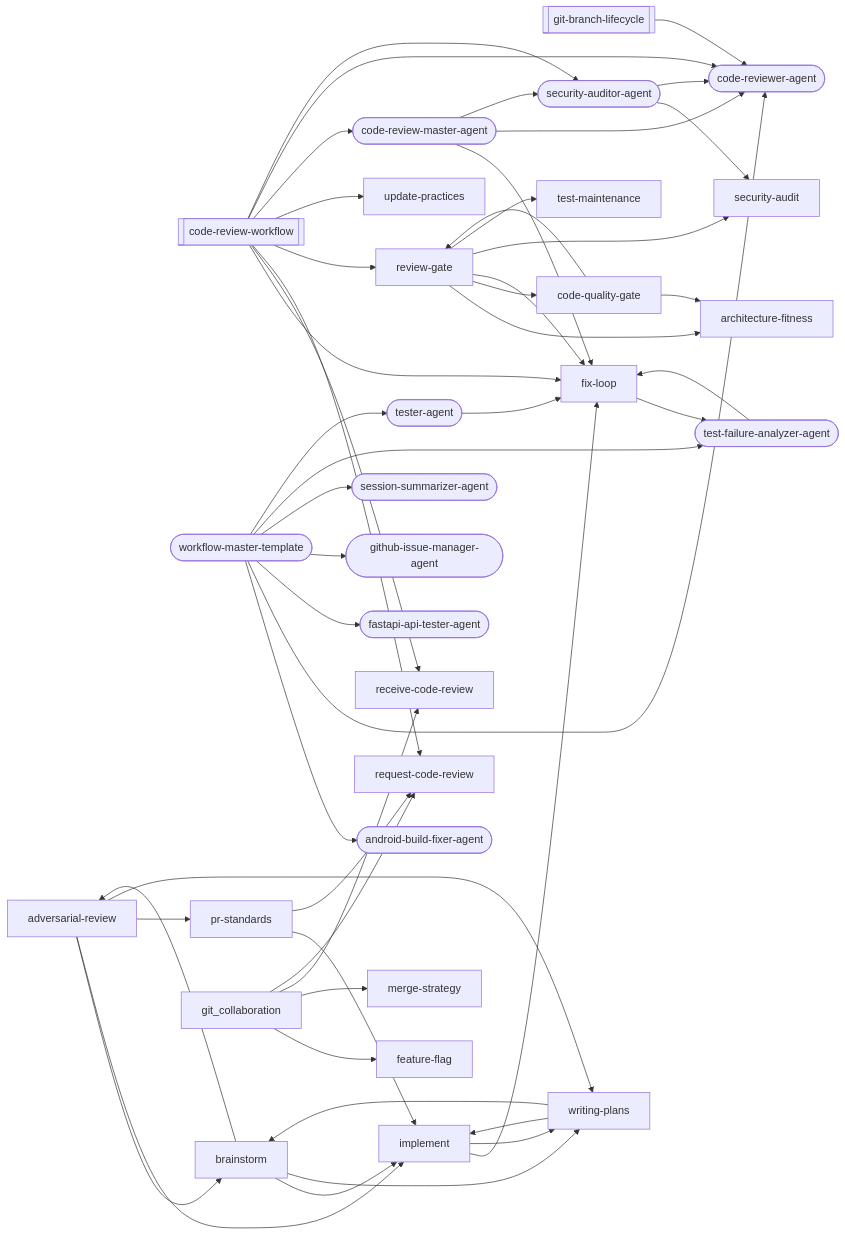
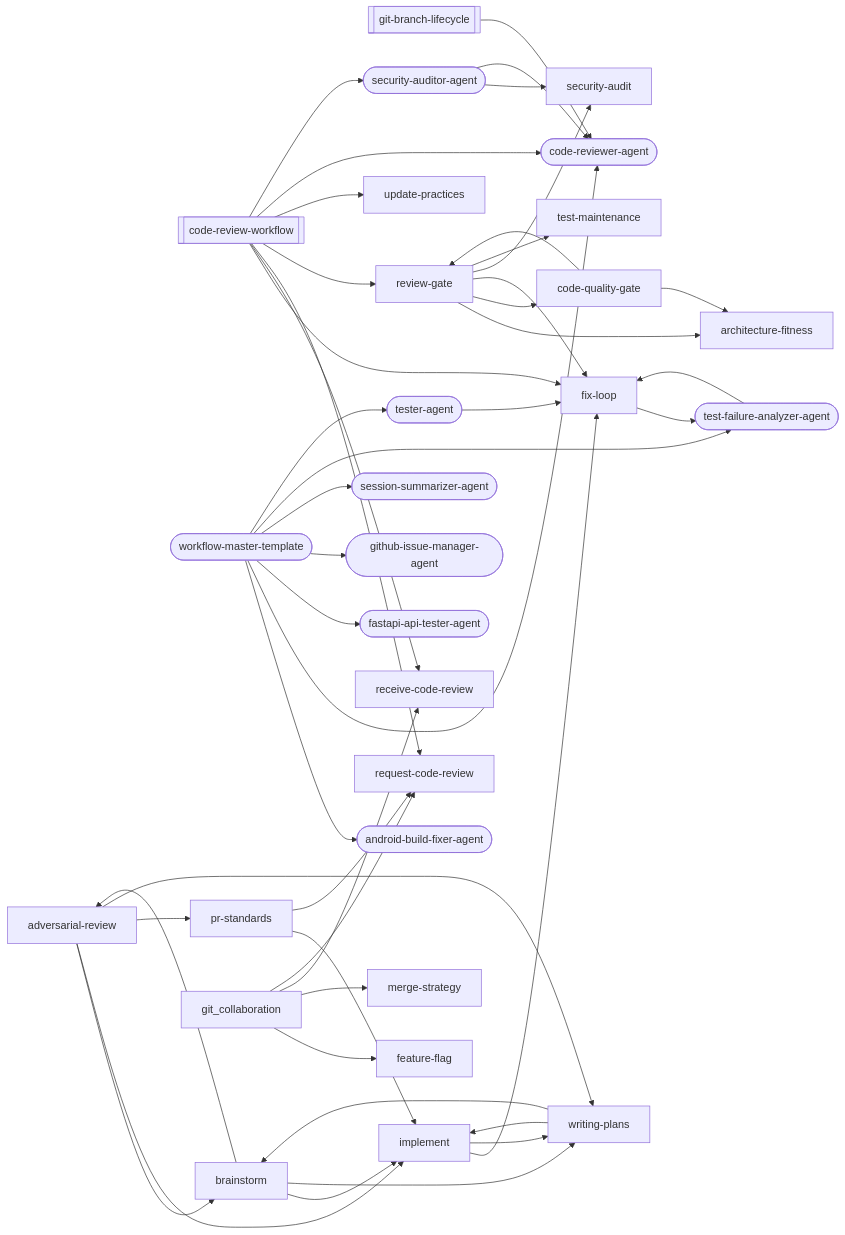
Before and after one commit to abhayla/claude-best-practices: the third of 22 diagrams in docs/workflows/code-review.md, drawn with Mermaid. The commit also changed other lines of this file and 29 other files, not shown here.

````diff
--- a/docs/workflows/code-review.md
+++ b/docs/workflows/code-review.md
@@ -559,79 +552,74 @@
 ```mermaid
 graph LR
     code_review_workflow[["code-review-workflow"]]
     git_branch_lifecycle[["git-branch-lifecycle"]]
     workflow_master_template(["workflow-master-template"])
     adversarial_review["adversarial-review"]
     android_build_fixer_agent(["android-build-fixer-agent"])
     architecture_fitness["architecture-fitness"]
     brainstorm["brainstorm"]
     code_quality_gate["code-quality-gate"]
-    code_review_master_agent(["code-review-master-agent"])
     code_reviewer_agent(["code-reviewer-agent"])
     fastapi_api_tester_agent(["fastapi-api-tester-agent"])
     feature_flag["feature-flag"]
     fix_loop["fix-loop"]
     github_issue_manager_agent(["github-issue-manager-agent"])
     implement["implement"]
     merge_strategy["merge-strategy"]
     pr_standards["pr-standards"]
     receive_code_review["receive-code-review"]
     request_code_review["request-code-review"]
     review_gate["review-gate"]
     security_audit["security-audit"]
     security_auditor_agent(["security-auditor-agent"])
     session_summarizer_agent(["session-summarizer-agent"])
     test_failure_analyzer_agent(["test-failure-analyzer-agent"])
     test_maintenance["test-maintenance"]
     tester_agent(["tester-agent"])
     update_practices["update-practices"]
     writing_plans["writing-plans"]
     adversarial_review --> brainstorm
     adversarial_review --> implement
     adversarial_review --> pr_standards
     adversarial_review --> writing_plans
     brainstorm --> adversarial_review
     brainstorm --> implement
     brainstorm --> writing_plans
     code_quality_gate --> architecture_fitness
     code_quality_gate --> review_gate
     code_review_workflow --> fix_loop
     code_review_workflow --> receive_code_review
     code_review_workflow --> request_code_review
     code_review_workflow --> review_gate
     code_review_workflow --> update_practices
-    code_review_workflow --> code_review_master_agent
     code_review_workflow --> code_reviewer_agent
     code_review_workflow --> security_auditor_agent
     fix_loop --> test_failure_analyzer_agent
     git_branch_lifecycle --> code_reviewer_agent
     implement --> fix_loop
     implement --> writing_plans
     pr_standards --> implement
     pr_standards --> request_code_review
     review_gate --> architecture_fitness
     review_gate --> code_quality_gate
     review_gate --> fix_loop
     review_gate --> security_audit
     review_gate --> test_maintenance
     writing_plans --> brainstorm
     writing_plans --> implement
-    code_review_master_agent --> fix_loop
-    code_review_master_agent --> code_reviewer_agent
-    code_review_master_agent --> security_auditor_agent
     security_auditor_agent --> security_audit
     security_auditor_agent --> code_reviewer_agent
     test_failure_analyzer_agent --> fix_loop
     tester_agent --> fix_loop
     workflow_master_template --> android_build_fixer_agent
     workflow_master_template --> code_reviewer_agent
     workflow_master_template --> fastapi_api_tester_agent
     workflow_master_template --> github_issue_manager_agent
     workflow_master_template --> session_summarizer_agent
     workflow_master_template --> test_failure_analyzer_agent
     workflow_master_template --> tester_agent
     git_collaboration --> feature_flag
     git_collaboration --> merge_strategy
     git_collaboration --> receive_code_review
     git_collaboration --> request_code_review
 ```
````
